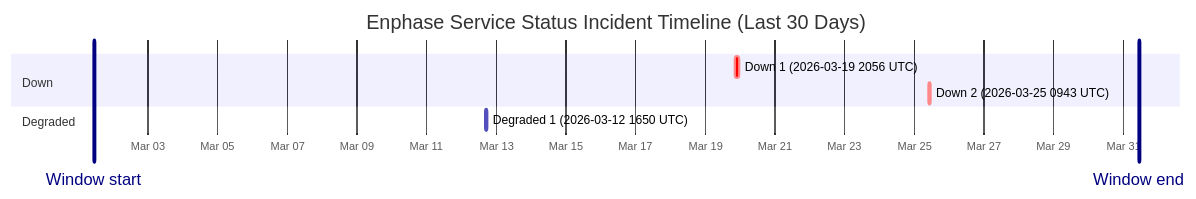
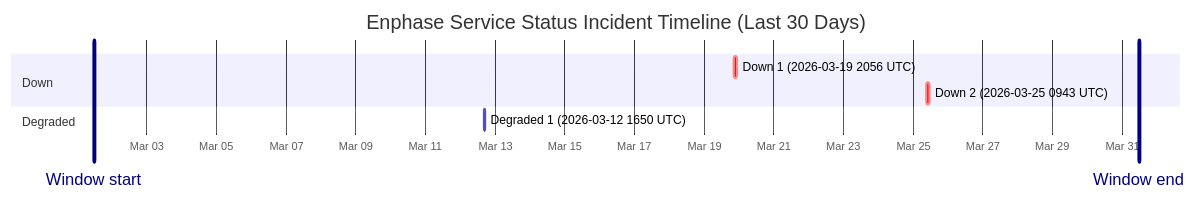
One commit to barneyonline/ha-enphase-ev-charger changed the diagram in wiki/Service-Status-History.md. Above: the diagram before and after it, drawn with Mermaid. The commit also changed other lines of this file and 3 other files, not shown here.

````diff
--- a/wiki/Service-Status-History.md
+++ b/wiki/Service-Status-History.md
@@ -14,13 +14,13 @@
 ```mermaid
 gantt
     title Enphase Service Status Incident Timeline (Last 30 Days)
     dateFormat  YYYY-MM-DDTHH:mm:ss
     axisFormat  %b %d
-    Window start :vert, window-start, 2026-03-01T10:46:06, 0ms
-    Window end :vert, window-end, 2026-03-31T10:46:06, 0ms
+    Window start :vert, window-start, 2026-03-01T11:41:08, 0ms
+    Window end :vert, window-end, 2026-03-31T11:41:08, 0ms
     section Down
     Down 1 (2026-03-19 2056 UTC) :crit, down-1, 2026-03-19T20:56:20, 145m
     Down 2 (2026-03-25 0943 UTC) :crit, down-2, 2026-03-25T09:43:28, 111m
     section Degraded
     Degraded 1 (2026-03-12 1650 UTC) :active, degraded-1, 2026-03-12T16:50:43, 60m
 ```
````
